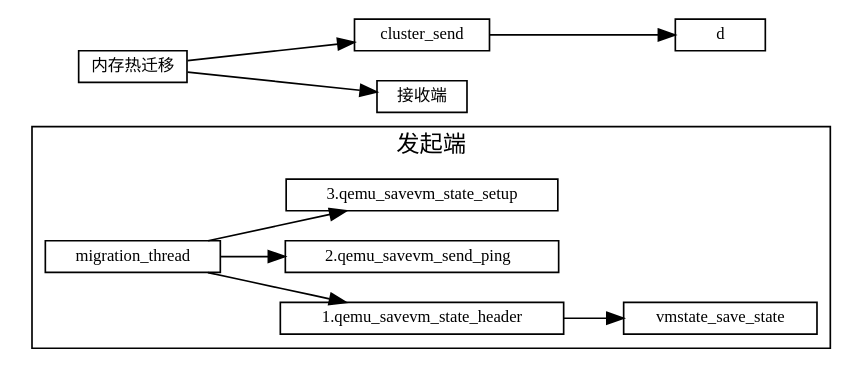
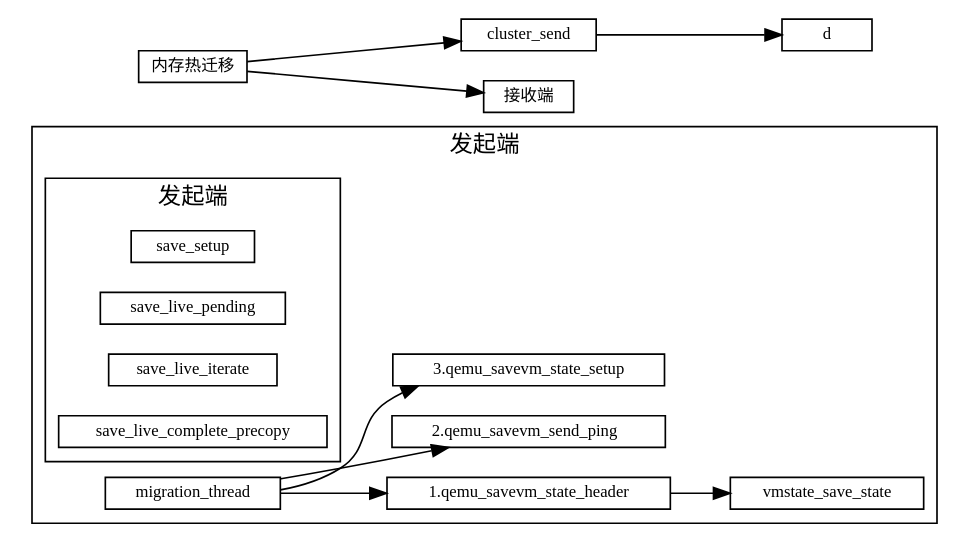
One commit to sisyphus1212/note changed the diagram in 虚拟化/热迁移/1-内存热迁移.md. Above: the diagram before and after it, drawn with Graphviz.

Commit message:
auto_update

````diff
--- a/虚拟化/热迁移/1-内存热迁移.md
+++ b/虚拟化/热迁移/1-内存热迁移.md
@@ -11,27 +11,30 @@
 ```graphviz
 digraph 热迁移 {
 fontname="Helvetica,Arial,sans-serif"
 //node [fontname="Helvetica,Arial,sans-serif"]
 //edge [fontname="Helvetica,Arial,sans-serif"]
 rankdir="LR"
 node [fontsize=10, shape=box, height=0.25]
 edge [fontsize=10]
 
   subgraph send {
     cluster=true
     label="发起端";
     migration_thread -> "1.qemu_savevm_state_header" -> vmstate_save_state;
     migration_thread -> "2.qemu_savevm_send_ping  ";
     migration_thread -> "3.qemu_savevm_state_setup";
     subgraph ram_opts {
-
+      save_setup
+      save_live_pending
+      save_live_iterate
+      save_live_complete_precopy
     }
   }
 
 内存热迁移 [label="内存热迁移"]
 内存热迁移 -> cluster_send
            -> d
 
 内存热迁移 -> 接收端
 }
 ```
````
